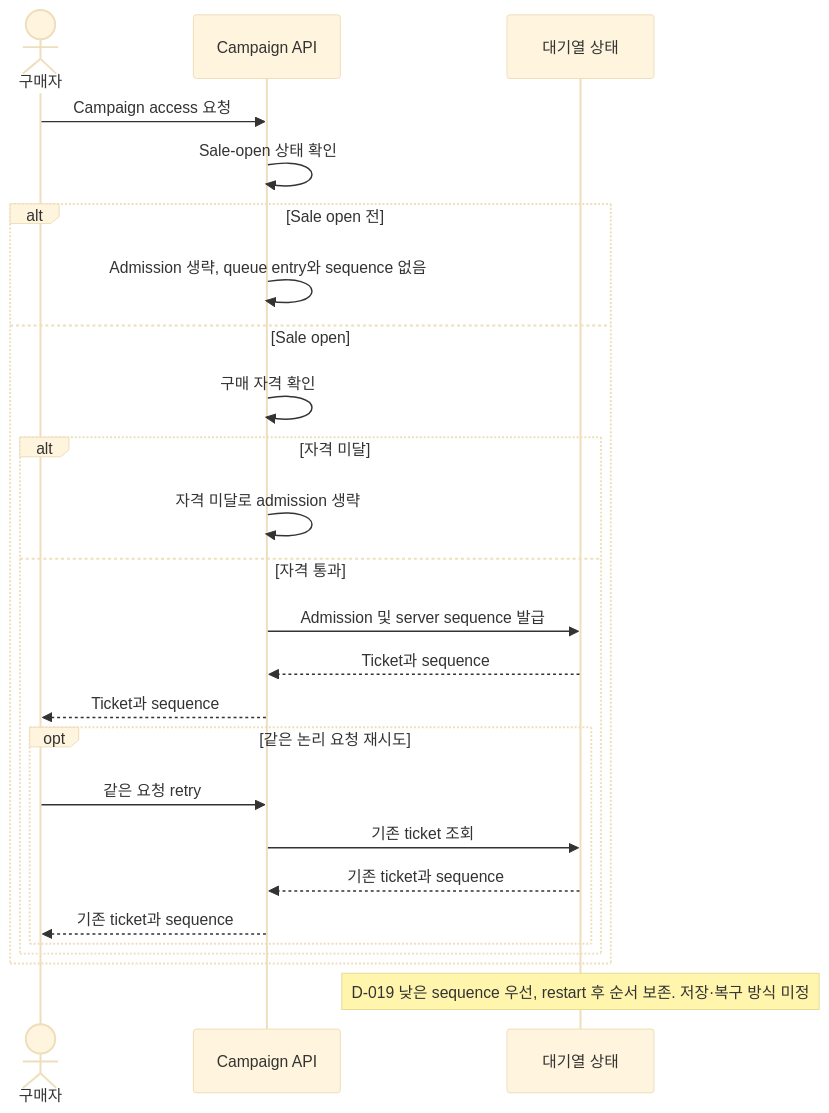
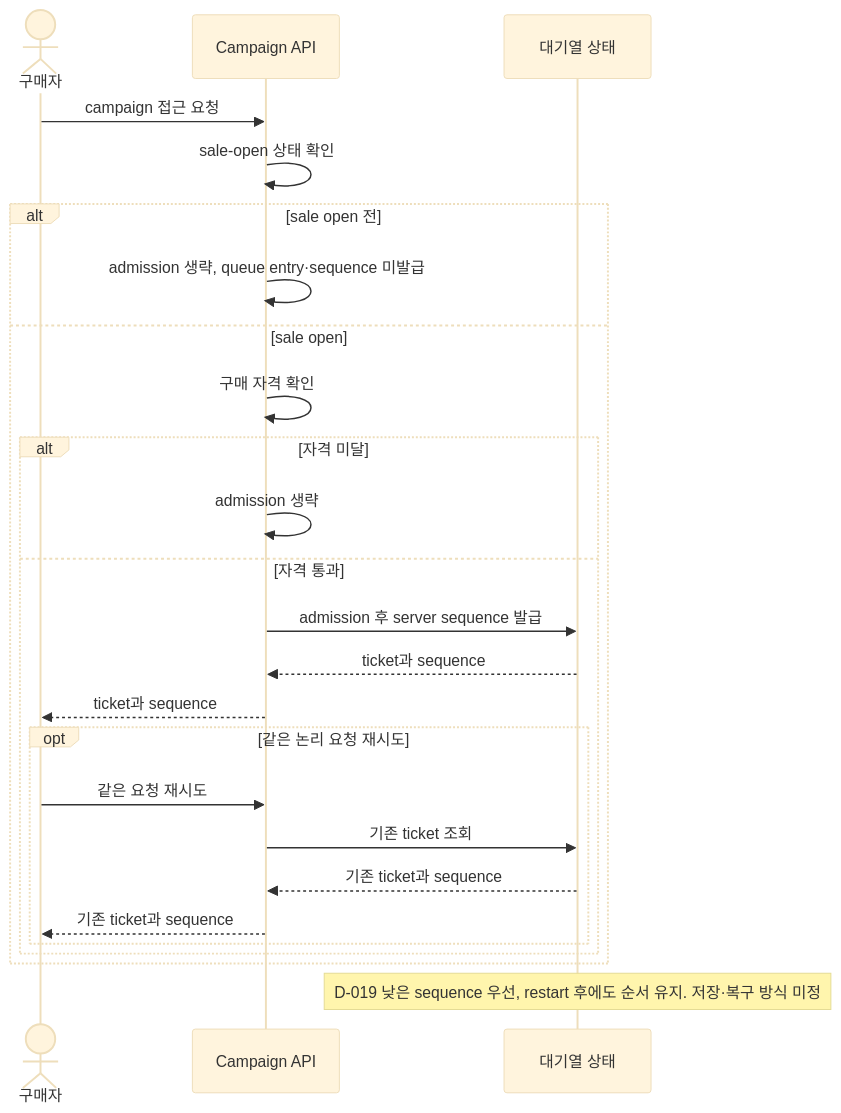
The first of 2 diagrams in docs/03-domain/business-rules.md (Neo1228/ATLAS), drawn with Mermaid (base theme) before and after one commit. The commit also changed other lines of this file and 26 other files, not shown here.

````diff
--- a/docs/03-domain/business-rules.md
+++ b/docs/03-domain/business-rules.md
@@ -33,27 +33,27 @@
 ```mermaid
 sequenceDiagram
     actor Buyer as 구매자
     participant API as Campaign API
     participant Queue as 대기열 상태
-    Buyer->>API: Campaign access 요청
-    API->>API: Sale-open 상태 확인
-    alt Sale open 전
-        API->>API: Admission 생략, queue entry와 sequence 없음
-    else Sale open
+    Buyer->>API: campaign 접근 요청
+    API->>API: sale-open 상태 확인
+    alt sale open 전
+        API->>API: admission 생략, queue entry·sequence 미발급
+    else sale open
         API->>API: 구매 자격 확인
         alt 자격 미달
-            API->>API: 자격 미달로 admission 생략
+            API->>API: admission 생략
         else 자격 통과
-            API->>Queue: Admission 및 server sequence 발급
-            Queue-->>API: Ticket과 sequence
-            API-->>Buyer: Ticket과 sequence
+            API->>Queue: admission 후 server sequence 발급
+            Queue-->>API: ticket과 sequence
+            API-->>Buyer: ticket과 sequence
             opt 같은 논리 요청 재시도
-                Buyer->>API: 같은 요청 retry
+                Buyer->>API: 같은 요청 재시도
                 API->>Queue: 기존 ticket 조회
                 Queue-->>API: 기존 ticket과 sequence
                 API-->>Buyer: 기존 ticket과 sequence
             end
         end
     end
-    Note over Queue: D-019 낮은 sequence 우선, restart 후 순서 보존. 저장·복구 방식 미정
+    Note over Queue: D-019 낮은 sequence 우선, restart 후에도 순서 유지. 저장·복구 방식 미정
 ```
````
